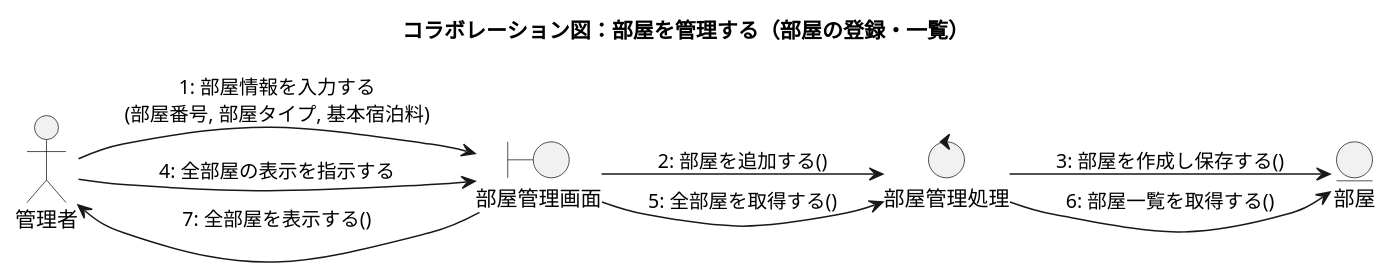
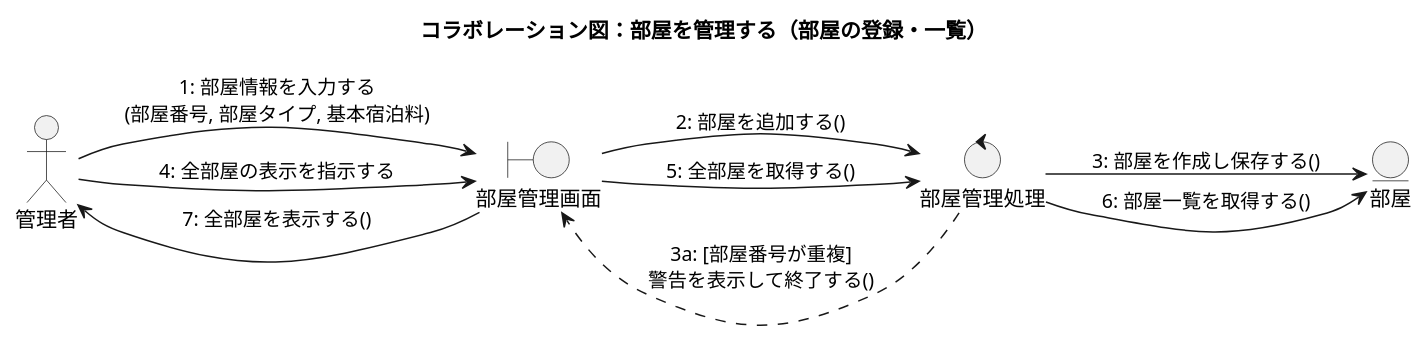
Before and after one commit to rancid0025/hotelreserve: the diagram in hotel-reservation-system/6e_コラボレーション図_部屋管理.puml, drawn with PlantUML.

Commit message:
Update collaboration diagram for room management
Removed alternative flow for duplicate room number warning.

```diff
--- a/hotel-reservation-system/6e_コラボレーション図_部屋管理.puml
+++ b/hotel-reservation-system/6e_コラボレーション図_部屋管理.puml
@@ -1,23 +1,23 @@
 @startuml HRS_コラボレーション図_部屋管理
 
 left to right direction
 skinparam shadowing false
 title コラボレーション図：部屋を管理する（部屋の登録・一覧）
 
 actor "管理者" as A
 boundary "部屋管理画面" as B
 control "部屋管理処理" as C
 entity "部屋" as RM
 
 A  --> B  : 1: 部屋情報を入力する\n(部屋番号, 部屋タイプ, 基本宿泊料)
 B  --> C  : 2: 部屋を追加する()
 C  --> RM : 3: 部屋を作成し保存する()
+
+C  ..> B  : 3a: [部屋番号が重複]\n警告を表示して終了する()
+
 A  --> B  : 4: 全部屋の表示を指示する
 B  --> C  : 5: 全部屋を取得する()
 C  --> RM : 6: 部屋一覧を取得する()
 B  --> A  : 7: 全部屋を表示する()
 
-' 代替系列
-' 3a: [部屋番号が重複] 警告を表示して終了
-
 @enduml
```
